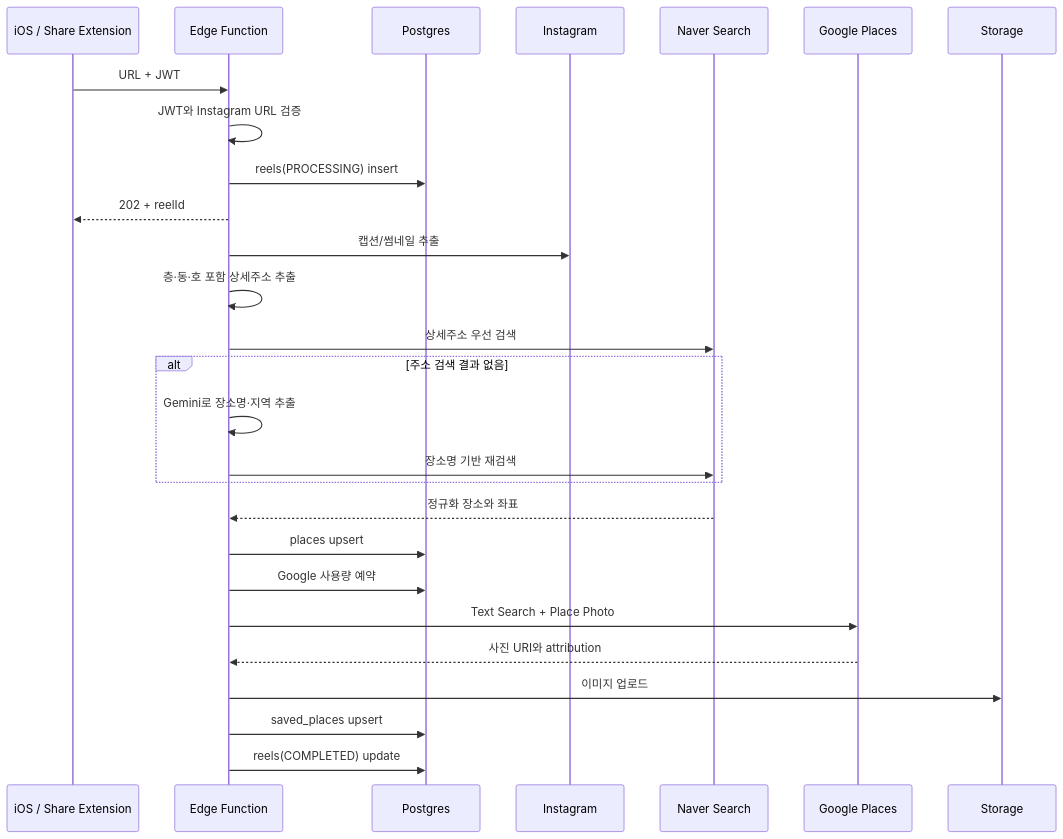
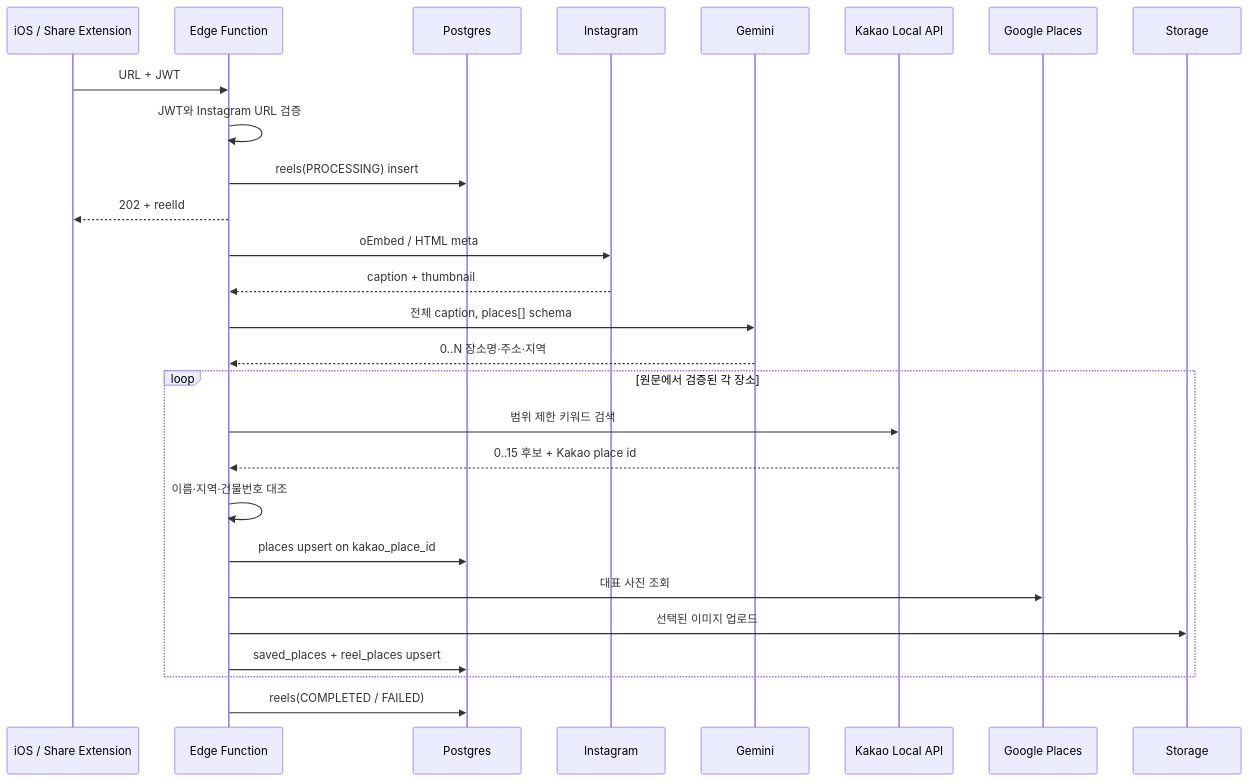
The diagram in docs/save-instagram-reel-flow.md (Jiihyun/yeogidam), drawn with Mermaid before and after one commit. The commit also changed other lines of this file and 23 other files, not shown here.

Commit message:
feat: use Kakao place IDs for reel matching

````diff
--- a/docs/save-instagram-reel-flow.md
+++ b/docs/save-instagram-reel-flow.md
@@ -36,31 +28,30 @@
 ```mermaid
 sequenceDiagram
     participant U as iOS / Share Extension
     participant F as Edge Function
     participant D as Postgres
     participant I as Instagram
-    participant N as Naver Search
+    participant AI as Gemini
+    participant K as Kakao Local API
     participant G as Google Places
     participant S as Storage
 
     U->>F: URL + JWT
     F->>F: JWT와 Instagram URL 검증
     F->>D: reels(PROCESSING) insert
     F-->>U: 202 + reelId
-
-    F->>I: 캡션/썸네일 추출
-    F->>F: 층·동·호 포함 상세주소 추출
-    F->>N: 상세주소 우선 검색
-    alt 주소 검색 결과 없음
-        F->>F: Gemini로 장소명·지역 추출
-        F->>N: 장소명 기반 재검색
+    F->>I: oEmbed / HTML meta
+    I-->>F: caption + thumbnail
+    F->>AI: 전체 caption, places[] schema
+    AI-->>F: 0..N 장소명·주소·지역
+    loop 원문에서 검증된 각 장소
+        F->>K: 범위 제한 키워드 검색
+        K-->>F: 0..15 후보 + Kakao place id
+        F->>F: 이름·지역·건물번호 대조
+        F->>D: places upsert on kakao_place_id
+        F->>G: 대표 사진 조회
+        F->>S: 선택된 이미지 업로드
+        F->>D: saved_places + reel_places upsert
     end
-    N-->>F: 정규화 장소와 좌표
-    F->>D: places upsert
-    F->>D: Google 사용량 예약
-    F->>G: Text Search + Place Photo
-    G-->>F: 사진 URI와 attribution
-    F->>S: 이미지 업로드
-    F->>D: saved_places upsert
-    F->>D: reels(COMPLETED) update
+    F->>D: reels(COMPLETED / FAILED)
 ```
````
